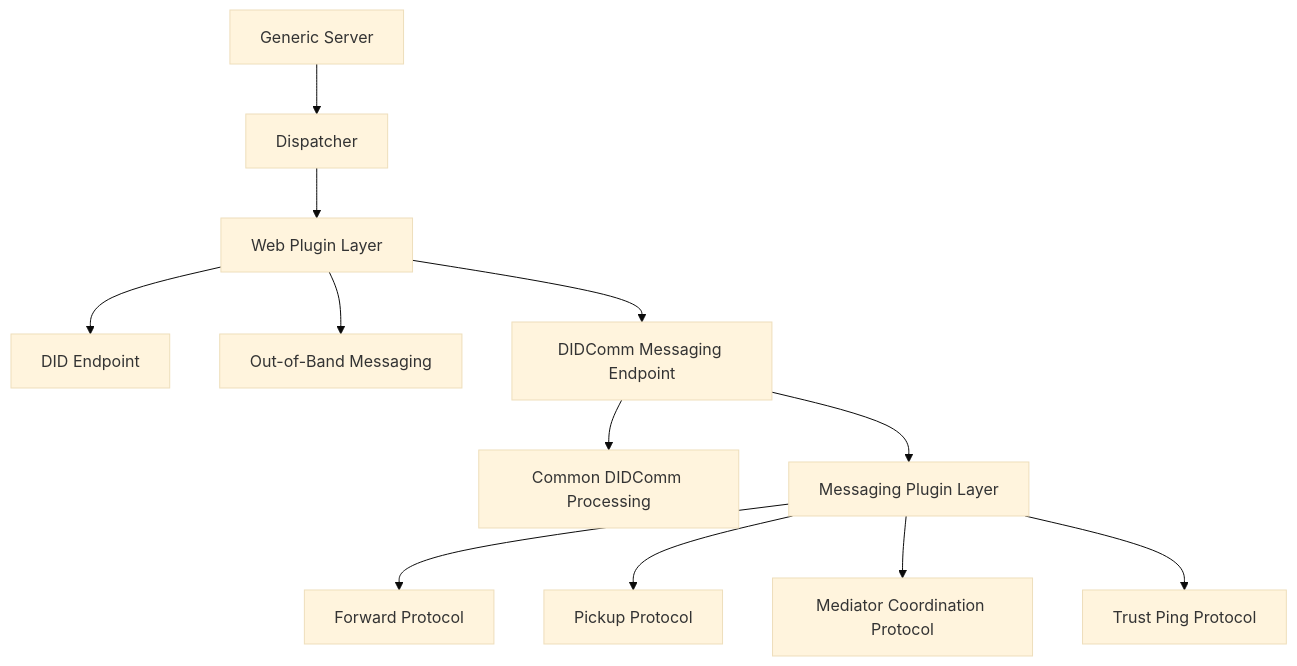
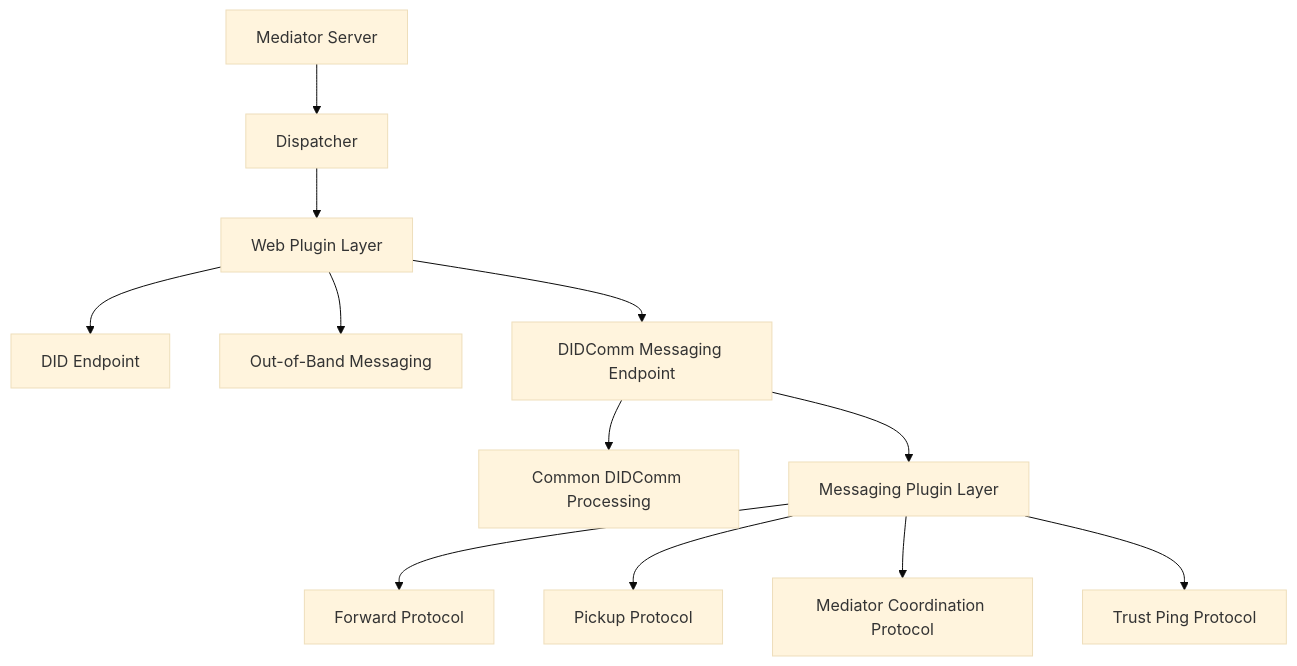
The second of 4 diagrams in docs/arc42.md (adorsys/didcomm-mediator-rs), drawn with Mermaid (base theme) before and after one commit.

````diff
--- a/docs/arc42.md
+++ b/docs/arc42.md
@@ -129,14 +129,14 @@
 ```mermaid
 graph TD
-    GenericServer[Generic Server] --> Dispatcher[Dispatcher]
+    MediatorServer[Mediator Server] --> Dispatcher[Dispatcher]
     Dispatcher --> WebPluginLayer[Web Plugin Layer]
     WebPluginLayer --> DIDEndpoint[DID Endpoint]
     WebPluginLayer --> OOBMessaging[Out-of-Band Messaging]
     WebPluginLayer --> DIDCommMessaging[DIDComm Messaging Endpoint]
     DIDCommMessaging --> CommonProcessing[Common DIDComm Processing]
     DIDCommMessaging --> MessagingPlugins[Messaging Plugin Layer]
     MessagingPlugins --> Forward[Forward Protocol]
     MessagingPlugins --> Pickup[Pickup Protocol]
     MessagingPlugins --> Coordination[Mediator Coordination Protocol]
     MessagingPlugins --> Trustping[Trust Ping Protocol]
 ```
````
